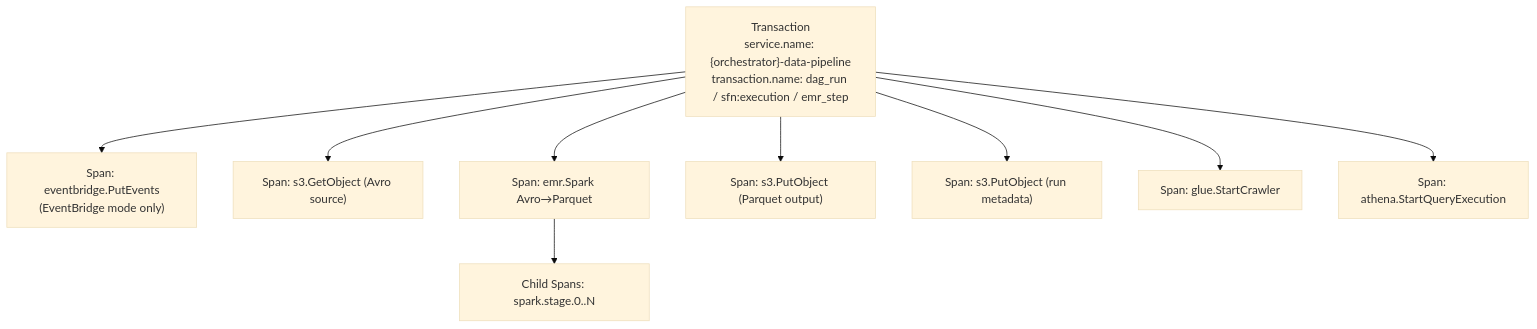
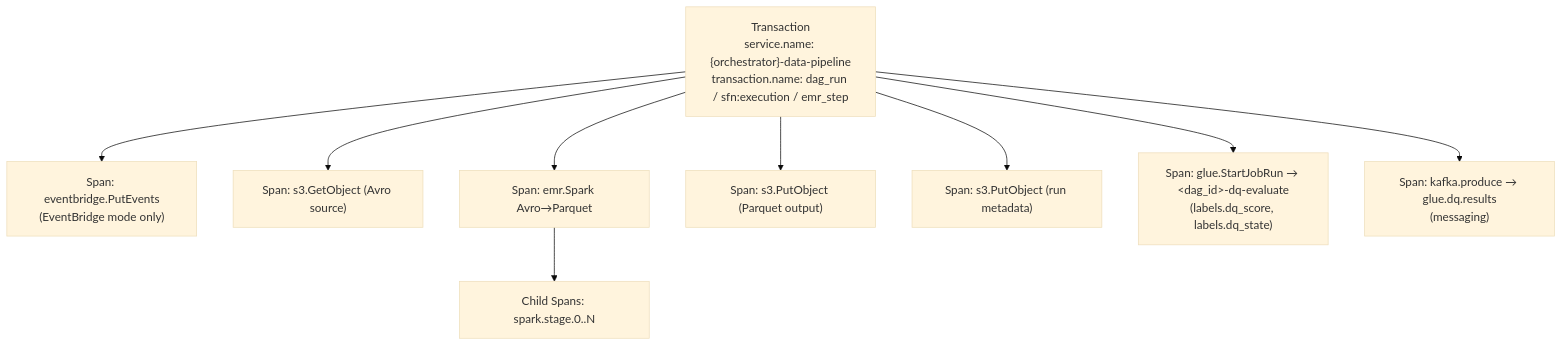
The second of 3 diagrams in docs/chained-events/data-analytics-pipeline.md (rkernutt/cloud-to-elastic-load-generator), drawn with Mermaid (base theme) before and after one commit. The commit also changed other lines of this file and 34 other files, not shown here.

First line of the commit message:
feat(data-pipeline): OpenLineage lineage + Glue Data Quality via Confluent Kafka

````diff
--- a/docs/chained-events/data-analytics-pipeline.md
+++ b/docs/chained-events/data-analytics-pipeline.md
@@ -118,12 +162,12 @@
 ```mermaid
 flowchart TD
     TX["Transaction\nservice.name: {orchestrator}-data-pipeline\ntransaction.name: dag_run / sfn:execution / emr_step"]
     TX --> SpanEB["Span: eventbridge.PutEvents\n(EventBridge mode only)"]
     TX --> SpanS3Get["Span: s3.GetObject (Avro source)"]
     TX --> SpanEMR["Span: emr.Spark Avro→Parquet"]
     SpanEMR --> SparkStages["Child Spans: spark.stage.0..N"]
     TX --> SpanS3Put["Span: s3.PutObject (Parquet output)"]
     TX --> SpanS3Meta["Span: s3.PutObject (run metadata)"]
-    TX --> SpanGlue["Span: glue.StartCrawler"]
-    TX --> SpanAthena["Span: athena.StartQueryExecution"]
+    TX --> SpanGlue["Span: glue.StartJobRun → &lt;dag_id&gt;-dq-evaluate\n(labels.dq_score, labels.dq_state)"]
+    TX --> SpanKafka["Span: kafka.produce → glue.dq.results\n(messaging)"]
 ```
````
